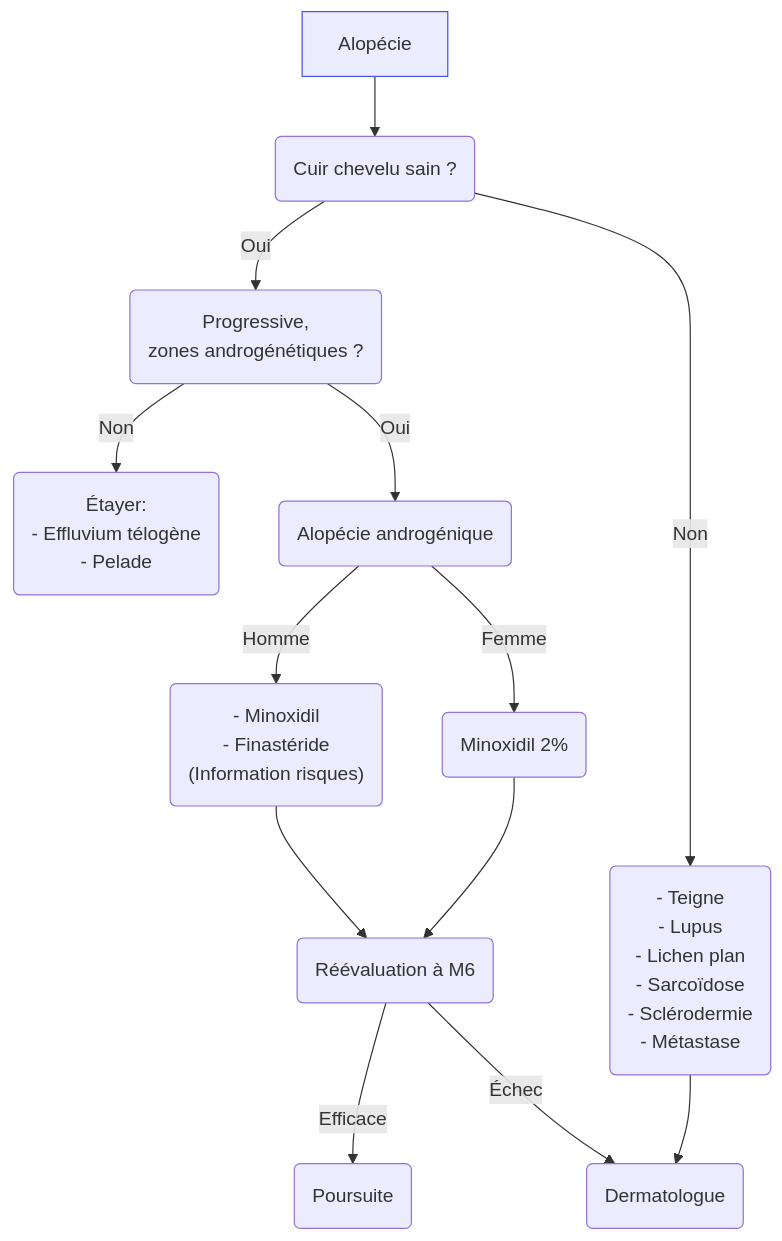
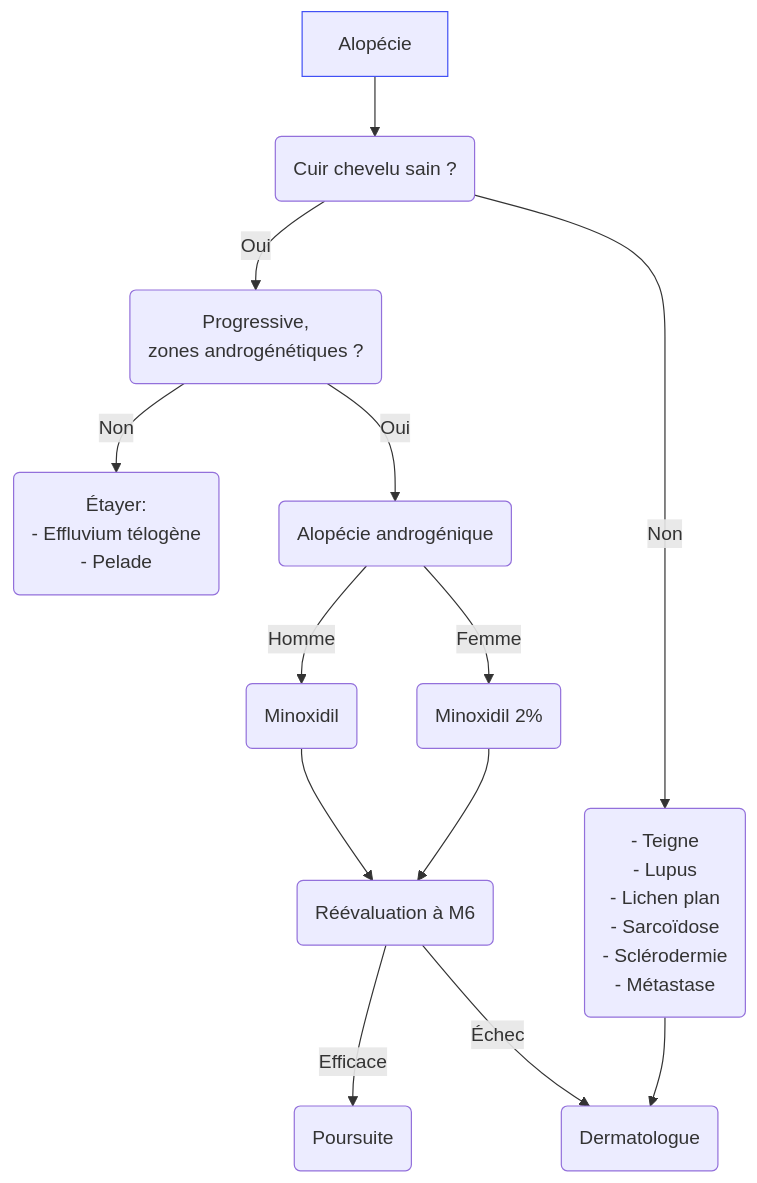
One commit to djibe/recommandations-medicales changed the diagram in content/recommandations/alopecie.md. Above: the diagram before and after it, drawn with Mermaid. The commit also changed other lines of this file and 12 other files, not shown here.

```diff
--- a/content/recommandations/alopecie.md
+++ b/content/recommandations/alopecie.md
@@ -209,9 +209,9 @@
 {{< mermaid title="Prise en charge d'une alopécie. Dr JB Fron d'après EDF 2017" >}}
 graph TB
   Alopécie --> cuir(Cuir chevelu sain ?) -- Oui --> clinique("Progressive,<br>zones androgénétiques ?") -- Non --> sain("Étayer:<br>- Effluvium télogène<br>- Pelade")
-    clinique -- Oui --> AAG(Alopécie androgénique) -- Homme --> Homme("- Minoxidil<br>- Finastéride<br>(Information risques)") --> réévaluation(Réévaluation à M6) -- Efficace --> poursuite(Poursuite)
+    clinique -- Oui --> AAG(Alopécie androgénique) -- Homme --> Homme(Minoxidil) --> réévaluation(Réévaluation à M6) -- Efficace --> poursuite(Poursuite)
       AAG -- Femme --> Femme(Minoxidil 2%) --> réévaluation
         réévaluation -- Échec --> dermatologue(Dermatologue)
     cuir -- Non --> différentiel("- Teigne<br>- Lupus<br>- Lichen plan<br>- Sarcoïdose<br>- Sclérodermie<br>- Métastase") --> dermatologue
   style Alopécie stroke:#4150f5, stroke-width:1px
 {{< /mermaid >}}
```
